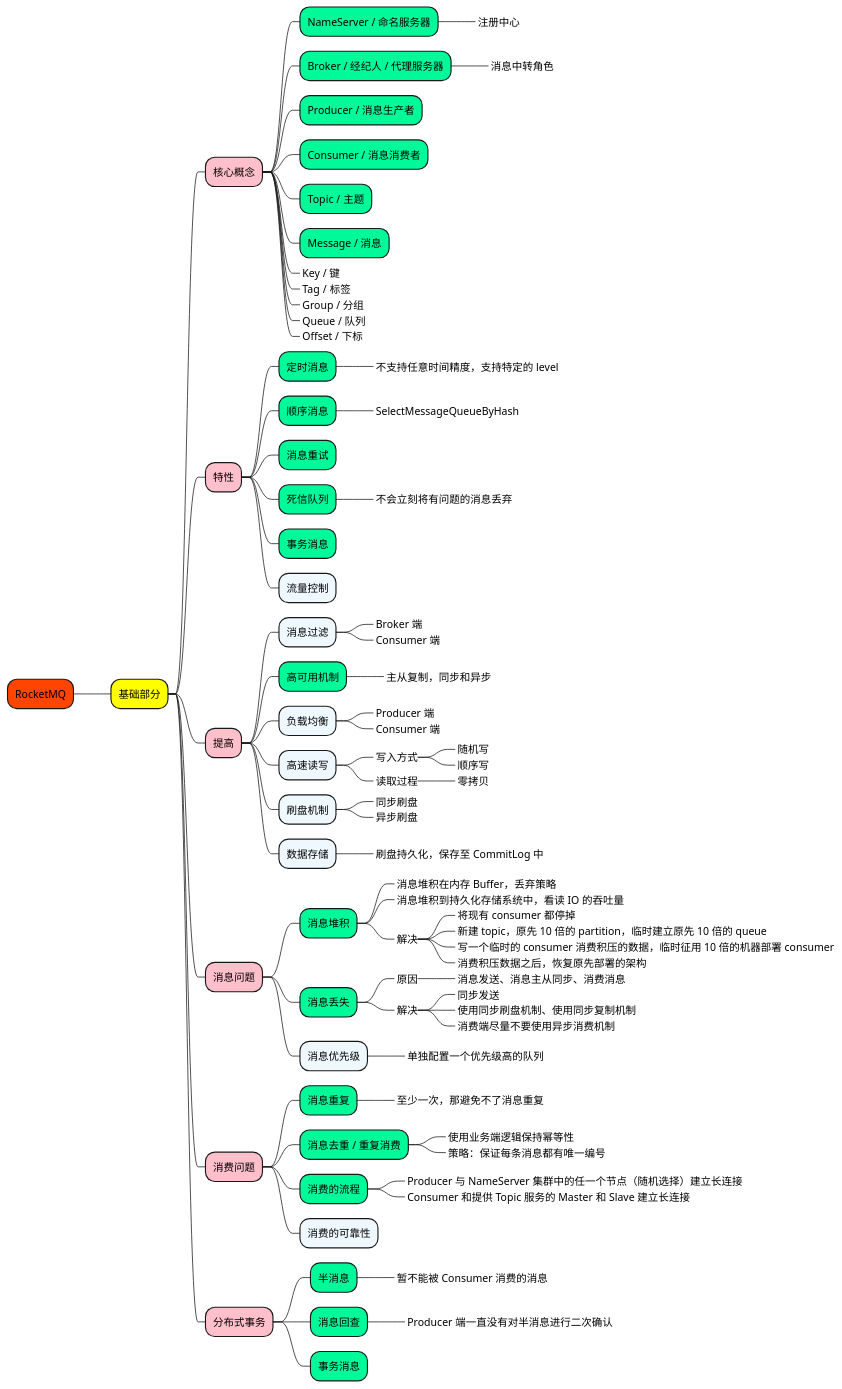
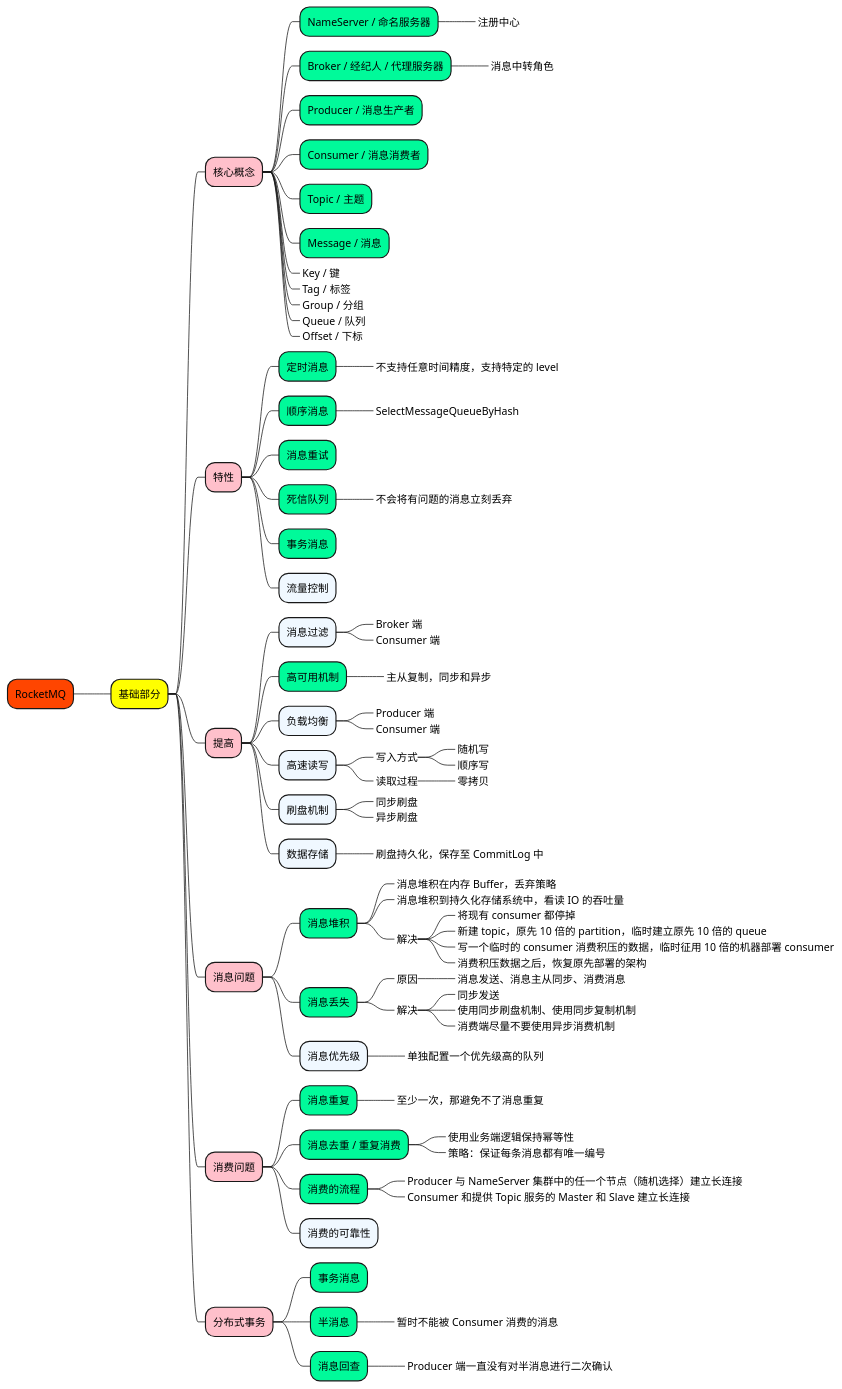
One commit to doveg/self-cultivation-of-a-software-engineer changed the diagram in 1_map/middleware/RocketMQ.puml. Above: the diagram before and after it, drawn with PlantUML. The commit also changed 19 other files, not shown here.

```diff
--- a/1_map/middleware/RocketMQ.puml
+++ b/1_map/middleware/RocketMQ.puml
@@ -1,99 +1,99 @@
 @startmindmap
 
 +[#OrangeRed] RocketMQ
 
 ++[#yellow] 基础部分
 
 +++[#Pink] 核心概念
 ++++[#MediumSpringGreen] NameServer / 命名服务器
 +++++[#GhostWhite]_ 注册中心
 ++++[#MediumSpringGreen] Broker / 经纪人 / 代理服务器
 +++++[#GhostWhite]_ 消息中转角色
 ++++[#MediumSpringGreen] Producer / 消息生产者
 ++++[#MediumSpringGreen] Consumer / 消息消费者
 ++++[#MediumSpringGreen] Topic / 主题
 ++++[#MediumSpringGreen] Message / 消息
 ++++[#AliceBlue]_ Key / 键
 ++++[#AliceBlue]_ Tag / 标签
 ++++[#AliceBlue]_ Group / 分组
 ++++[#AliceBlue]_ Queue / 队列
 ++++[#AliceBlue]_ Offset / 下标
 
 
 +++[#Pink] 特性
 ++++[#MediumSpringGreen] 定时消息
 +++++[#GhostWhite]_ 不支持任意时间精度，支持特定的 level
 ++++[#MediumSpringGreen] 顺序消息
 +++++[#GhostWhite]_ SelectMessageQueueByHash
 ++++[#MediumSpringGreen] 消息重试
 ++++[#MediumSpringGreen] 死信队列
-+++++[#GhostWhite]_ 不会立刻将有问题的消息丢弃
++++++[#GhostWhite]_ 不会将有问题的消息立刻丢弃
 ++++[#MediumSpringGreen] 事务消息
 ++++[#AliceBlue] 流量控制
 
 
 +++[#Pink] 提高
 
 ++++[#AliceBlue] 消息过滤
 +++++[#GhostWhite]_ Broker 端
 +++++[#GhostWhite]_ Consumer 端
 ++++[#MediumSpringGreen] 高可用机制
 +++++[#GhostWhite]_ 主从复制，同步和异步
 ++++[#AliceBlue] 负载均衡
 +++++[#GhostWhite]_ Producer 端
 +++++[#GhostWhite]_ Consumer 端
 ++++[#AliceBlue] 高速读写
 +++++[#GhostWhite]_ 写入方式
 ++++++[#LightBlue]_ 随机写
 ++++++[#LightBlue]_ 顺序写
 +++++[#GhostWhite]_ 读取过程
 ++++++[#LightBlue]_ 零拷贝
 ++++[#AliceBlue] 刷盘机制
 +++++[#GhostWhite]_ 同步刷盘
 +++++[#GhostWhite]_ 异步刷盘
 ++++[#AliceBlue] 数据存储
 +++++[#GhostWhite]_ 刷盘持久化，保存至 CommitLog 中
 
 
 +++[#Pink] 消息问题
 
 ++++[#MediumSpringGreen] 消息堆积
 +++++[#GhostWhite]_ 消息堆积在内存 Buffer，丢弃策略
 +++++[#GhostWhite]_ 消息堆积到持久化存储系统中，看读 IO 的吞吐量
 +++++[#GhostWhite]_ 解决
 ++++++[#Aquamarine]_ 将现有 consumer 都停掉
 ++++++[#Aquamarine]_ 新建 topic，原先 10 倍的 partition，临时建立原先 10 倍的 queue
 ++++++[#Aquamarine]_ 写一个临时的 consumer 消费积压的数据，临时征用 10 倍的机器部署 consumer
 ++++++[#Aquamarine]_ 消费积压数据之后，恢复原先部署的架构
 ++++[#MediumSpringGreen] 消息丢失
 +++++[#GhostWhite]_ 原因
 ++++++[#Aquamarine]_ 消息发送、消息主从同步、消费消息
 +++++[#GhostWhite]_ 解决
 ++++++[#Aquamarine]_ 同步发送
 ++++++[#Aquamarine]_ 使用同步刷盘机制、使用同步复制机制
 ++++++[#Aquamarine]_ 消费端尽量不要使用异步消费机制
 ++++[#AliceBlue] 消息优先级
 +++++[#GhostWhite]_ 单独配置一个优先级高的队列
 
 +++[#Pink] 消费问题
 
 ++++[#MediumSpringGreen] 消息重复
 +++++[#GhostWhite]_ 至少一次，那避免不了消息重复
 ++++[#MediumSpringGreen] 消息去重 / 重复消费
 +++++[#GhostWhite]_ 使用业务端逻辑保持幂等性
 +++++[#GhostWhite]_ 策略：保证每条消息都有唯一编号
 ++++[#MediumSpringGreen] 消费的流程
 +++++[#GhostWhite]_ Producer 与 NameServer 集群中的任一个节点（随机选择）建立长连接
 +++++[#GhostWhite]_ Consumer 和提供 Topic 服务的 Master 和 Slave 建立长连接
 ++++[#AliceBlue] 消费的可靠性
 
 +++[#Pink] 分布式事务
 
+++++[#MediumSpringGreen] 事务消息
 ++++[#MediumSpringGreen] 半消息
-+++++[#GhostWhite]_ 暂不能被 Consumer 消费的消息
++++++[#GhostWhite]_ 暂时不能被 Consumer 消费的消息
 ++++[#MediumSpringGreen] 消息回查
 +++++[#GhostWhite]_ Producer 端一直没有对半消息进行二次确认
-++++[#MediumSpringGreen] 事务消息
 
 
 @endmindmap
```
